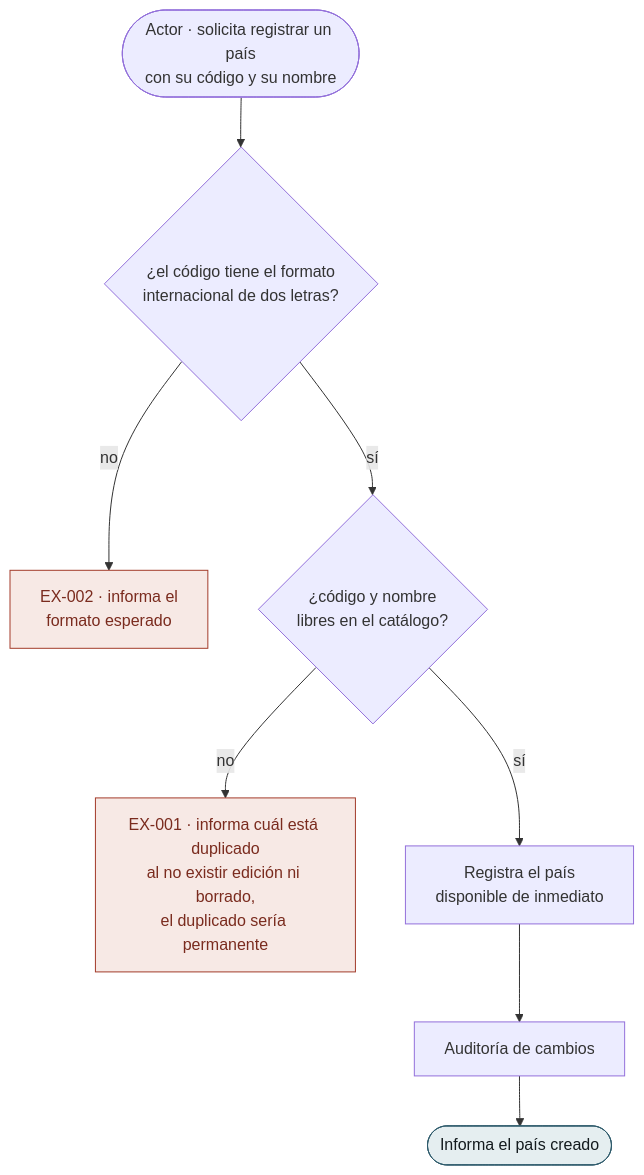
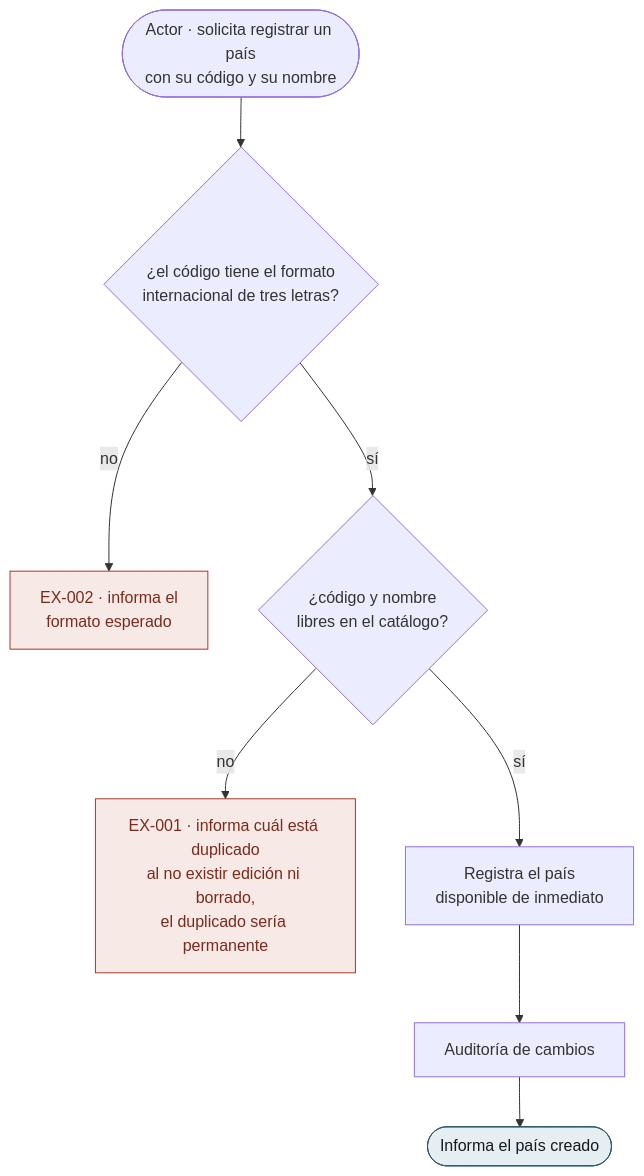
One commit to NexusPro-Dev/backend changed diagram 20 of 42 in docs/flujos/sp/flujos-por-caso.md. Above: the diagram before and after it, drawn with Mermaid. The commit also changed other lines of this file and 16 other files, not shown here.

````diff
--- a/docs/flujos/sp/flujos-por-caso.md
+++ b/docs/flujos/sp/flujos-por-caso.md
@@ -550,16 +550,16 @@
 ```mermaid
 flowchart TD
     A(["Actor · solicita registrar un país<br/>con su código y su nombre"])
-    A --> V1{"¿el código tiene el formato<br/>internacional de dos letras?"}
+    A --> V1{"¿el código tiene el formato<br/>internacional de tres letras?"}
     V1 -->|no| E2["EX-002 · informa el<br/>formato esperado"]
     V1 -->|sí| V2{"¿código y nombre<br/>libres en el catálogo?"}
     V2 -->|no| E1["EX-001 · informa cuál está duplicado<br/>al no existir edición ni borrado,<br/>el duplicado sería permanente"]
     V2 -->|sí| P1["Registra el país<br/>disponible de inmediato"]
     P1 --> P2["Auditoría de cambios"]
     P2 --> FIN(["Informa el país creado"])
 
     classDef ex fill:#F7E9E5,stroke:#A33B2A,color:#7A2B1E
     classDef ok fill:#E5EEF0,stroke:#2D5A6B,color:#141B1E
     class E1,E2 ex
     class FIN ok
 ```
````
